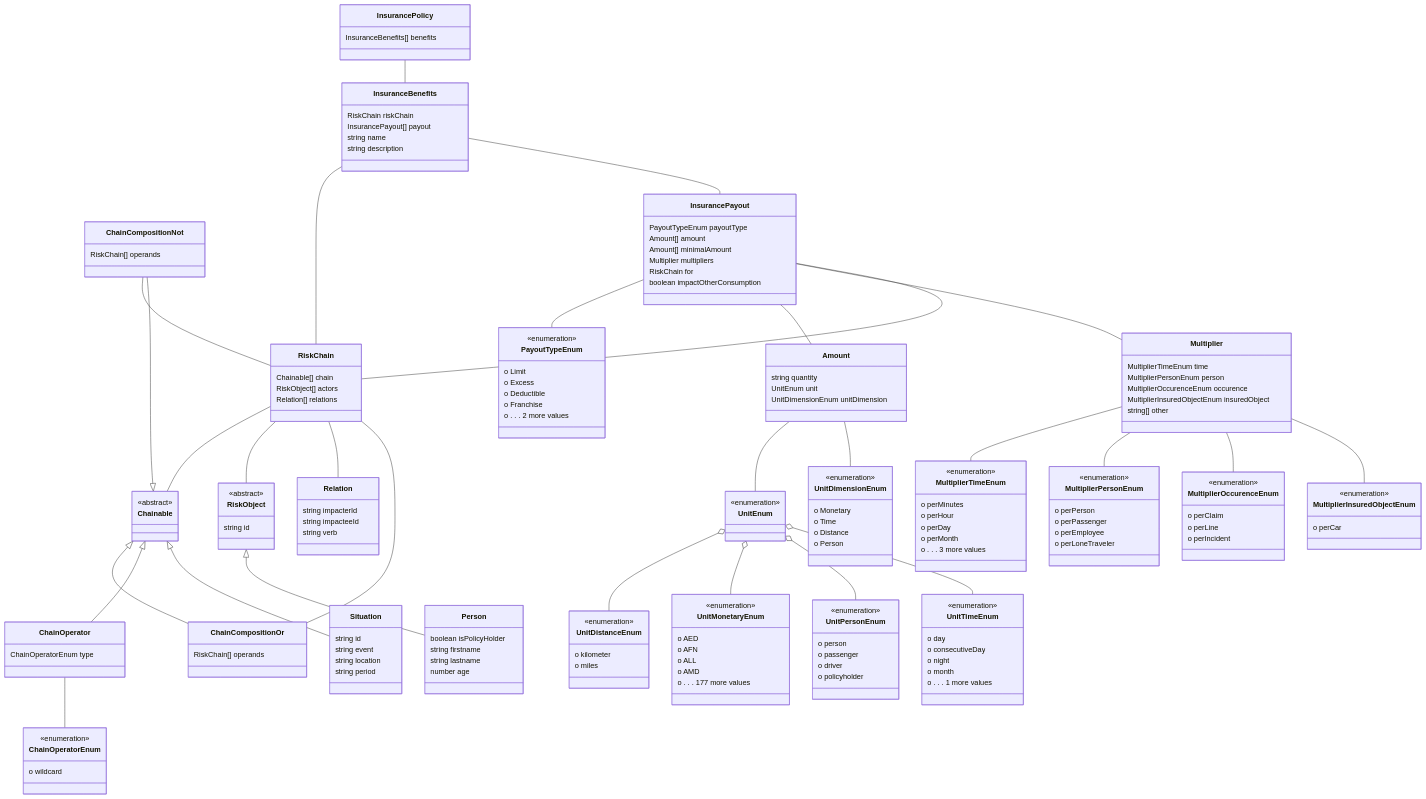
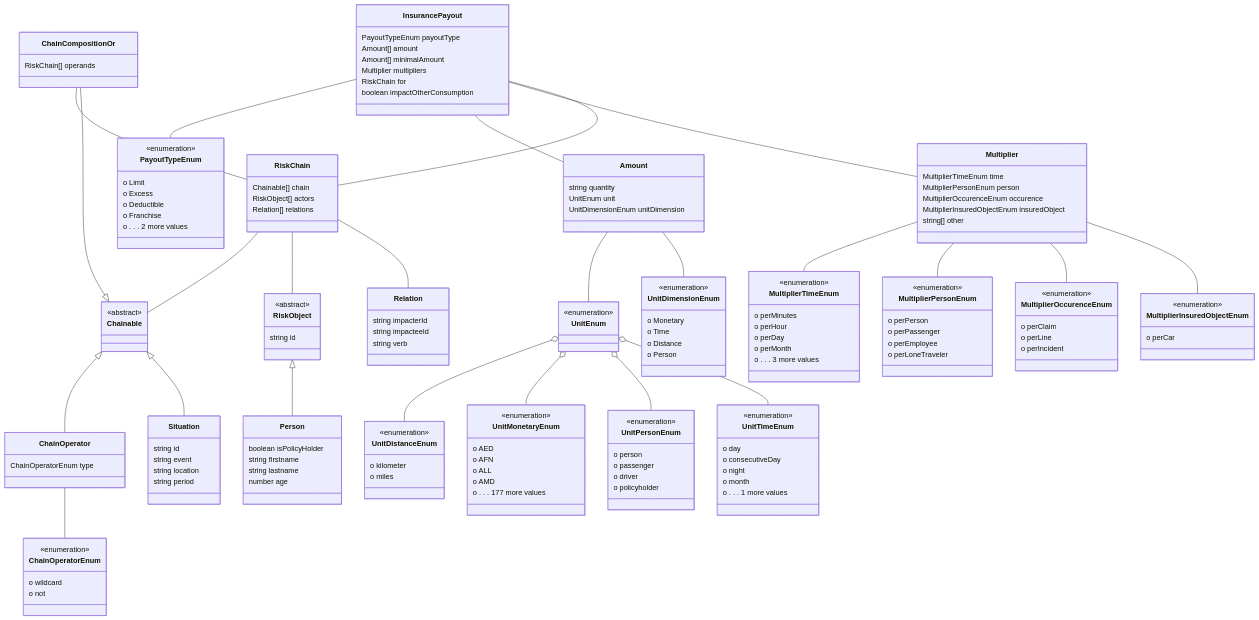
Before and after one commit to codexstanford/Insurance-Payout-Ontology: the diagram in datamodel-build/mermaid/diagram.mmd, drawn with Mermaid. The commit also changed 97 other files, not shown here.

Commit message:
Re-architecture build so object can be store in multiple directory

```diff
--- a/datamodel-build/mermaid/diagram.mmd
+++ b/datamodel-build/mermaid/diagram.mmd
@@ -8,16 +8,6 @@
   string quantity
   UnitEnum unit
   UnitDimensionEnum unitDimension
-
-}
-
-ChainCompositionNot -- RiskChain
-
-
-Chainable <|-- ChainCompositionNot
-class ChainCompositionNot {
-
-  RiskChain[] operands
 
 }
 
@@ -44,6 +34,7 @@
 class ChainOperatorEnum {
 <<enumeration>>
   o wildcard
+  o not
 }
 
 
@@ -51,19 +42,6 @@
 class Chainable {
 <<abstract>>
 
-
-}
-
-InsuranceBenefits -- RiskChain
-InsuranceBenefits -- InsurancePayout
-
-
-class InsuranceBenefits {
-
-  RiskChain riskChain
-  InsurancePayout[] payout
-  string name
-  string description
 
 }
 
@@ -81,15 +59,6 @@
   Multiplier multipliers
   RiskChain for
   boolean impactOtherConsumption
-
-}
-
-InsurancePolicy -- InsuranceBenefits
-
-
-class InsurancePolicy {
-
-  InsuranceBenefits[] benefits
 
 }
 
@@ -145,18 +114,6 @@
   o Deductible
   o Franchise
   o . . . 2 more values
-}
-
-
-
-RiskObject <|-- Person
-class Person {
-
-  boolean isPolicyHolder
-  string firstname
-  string lastname
-  number age
-
 }
 
 
@@ -254,3 +211,14 @@
 undefined
 undefined
 undefined
+
+
+RiskObject <|-- Person
+class Person {
+
+  boolean isPolicyHolder
+  string firstname
+  string lastname
+  number age
+
+}
```
